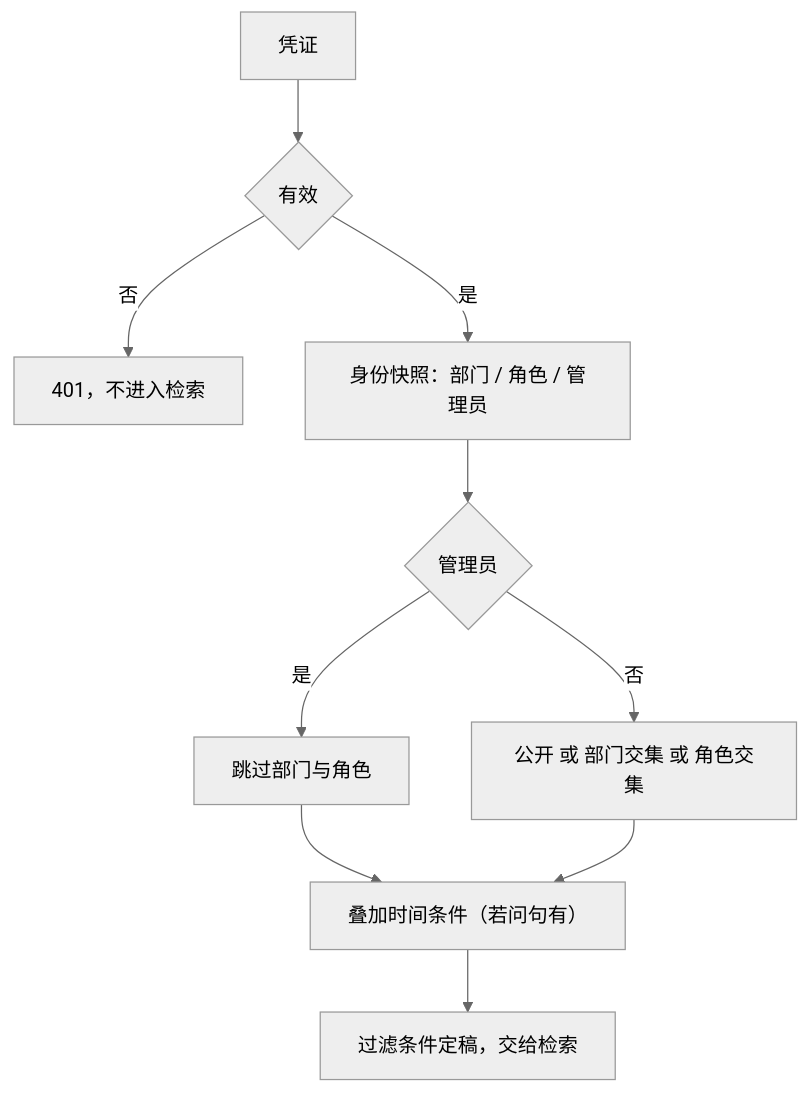
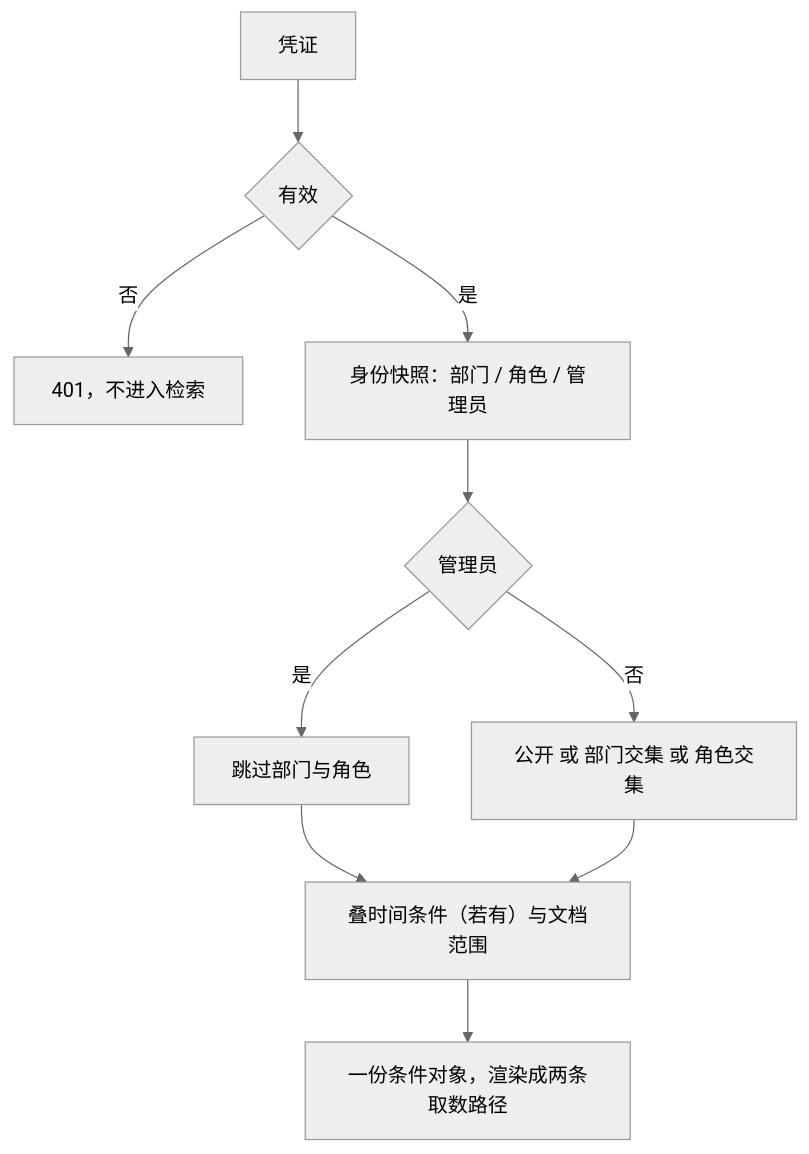
One commit to kvchen95/ai-rag changed the eighth of 16 diagrams in 详细设计.md. Above: the diagram before and after it, drawn with Mermaid (neutral theme). The commit also changed other lines of this file and 4 other files, not shown here.

First line of the commit message:
docs: 按当前实现重写架构图集、概要设计与详细设计

````diff
--- a/详细设计.md
+++ b/详细设计.md
@@ -362,12 +375,12 @@
 ```mermaid
 flowchart TD
     A["凭证"] --> B{"有效"}
     B -- 否 --> E1["401，不进入检索"]
     B -- 是 --> C["身份快照：部门 / 角色 / 管理员"]
     C --> D{"管理员"}
     D -- 是 --> F1["跳过部门与角色"]
     D -- 否 --> F2["公开 或 部门交集 或 角色交集"]
-    F1 --> G["叠加时间条件（若问句有）"]
+    F1 --> G["叠时间条件（若有）与文档范围"]
     F2 --> G
-    G --> H["过滤条件定稿，交给检索"]
+    G --> H["一份条件对象，渲染成两条取数路径"]
 ```
````
